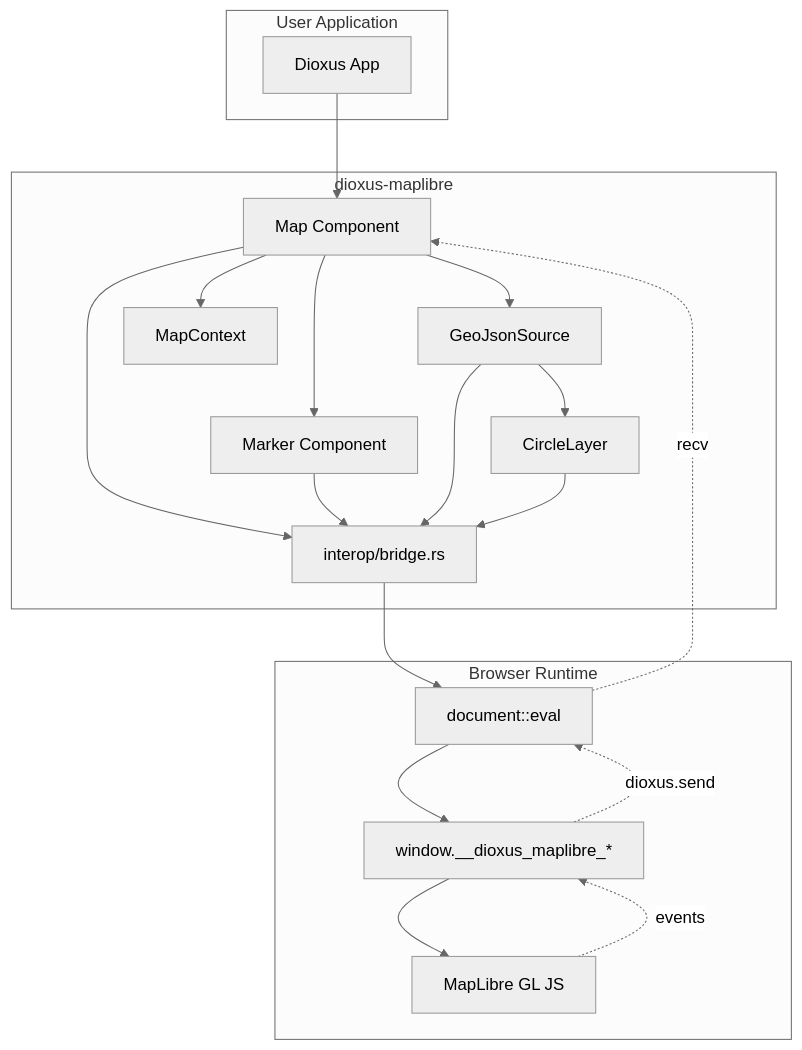
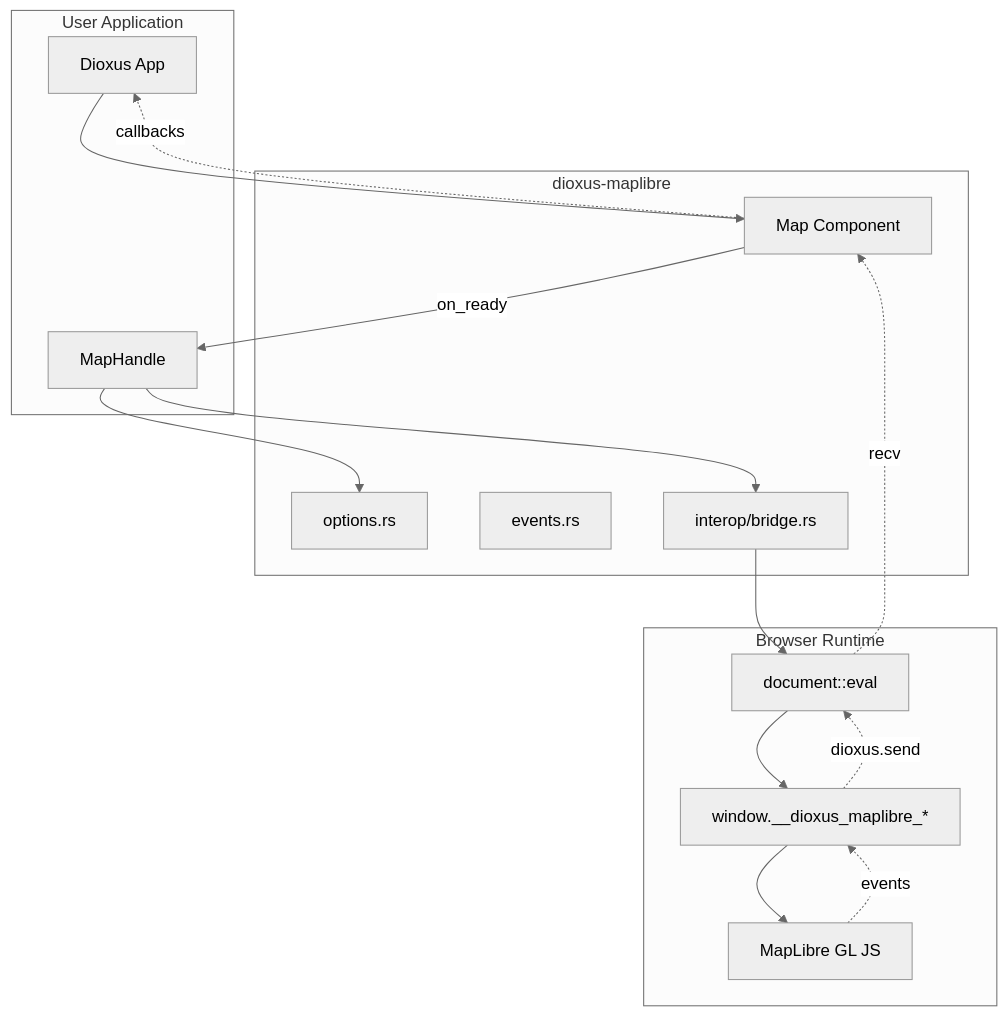
The first of 4 diagrams in docs/CODEBASE_MAP.md (Nevaberry/dioxus-maplibre), drawn with Mermaid (neutral theme) before and after one commit. The commit also changed other lines of this file and 59 other files, not shown here.

````diff
--- a/docs/CODEBASE_MAP.md
+++ b/docs/CODEBASE_MAP.md
@@ -13,40 +7,34 @@
 ```mermaid
 graph TB
     subgraph "User Application"
         App[Dioxus App]
+        Handle[MapHandle]
     end
 
     subgraph "dioxus-maplibre"
         Map[Map Component]
-        Marker[Marker Component]
-        GeoJson[GeoJsonSource]
-        Layer[CircleLayer]
-        Context[MapContext]
+        Options[options.rs]
+        Events[events.rs]
         Bridge[interop/bridge.rs]
     end
 
     subgraph "Browser Runtime"
         Eval[document::eval]
         Global[window.__dioxus_maplibre_*]
         MapLibre[MapLibre GL JS]
     end
 
     App --> Map
-    Map --> Context
-    Map --> Marker
-    Map --> GeoJson
-    GeoJson --> Layer
-
-    Map --> Bridge
-    Marker --> Bridge
-    GeoJson --> Bridge
-    Layer --> Bridge
+    Map -->|on_ready| Handle
+    Handle --> Options
+    Handle --> Bridge
 
     Bridge --> Eval
     Eval --> Global
     Global --> MapLibre
 
     MapLibre -.->|events| Global
     Global -.->|dioxus.send| Eval
     Eval -.->|recv| Map
+    Map -.->|callbacks| App
 ```
````
